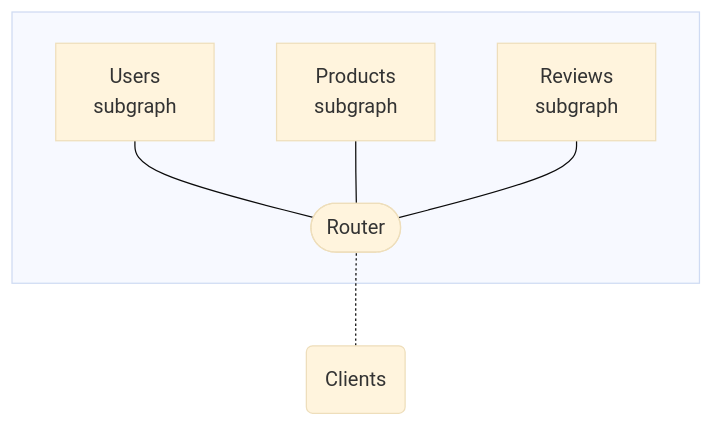
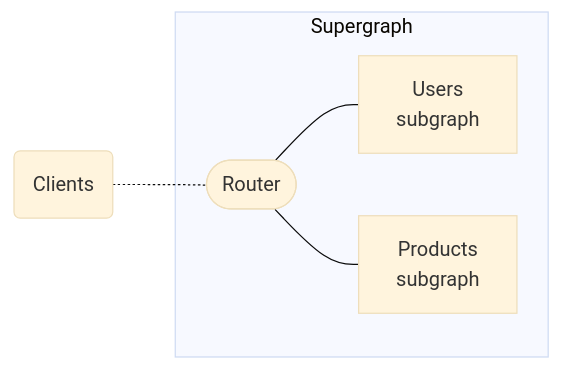
One commit to apollographql/federation changed the third of 8 diagrams in docs/source/index.mdx. Above: the diagram before and after it, drawn with Mermaid (base theme). The commit also changed other lines of this file and 6 other files, not shown here.

````diff
--- a/docs/source/index.mdx
+++ b/docs/source/index.mdx
@@ -107,13 +108,12 @@
 ```mermaid
-graph BT;
+graph LR;
   clients(Clients);
-  subgraph " ";
+  subgraph "Supergraph";
   gateway([Router]);
   serviceA[Users<br/>subgraph];
   serviceB[Products<br/>subgraph];
-  serviceC[Reviews<br/>subgraph];
-  gateway --- serviceA & serviceB & serviceC;
+  gateway --- serviceA & serviceB;
   end;
   clients -.- gateway;
   class clients secondary;
 ```
````
